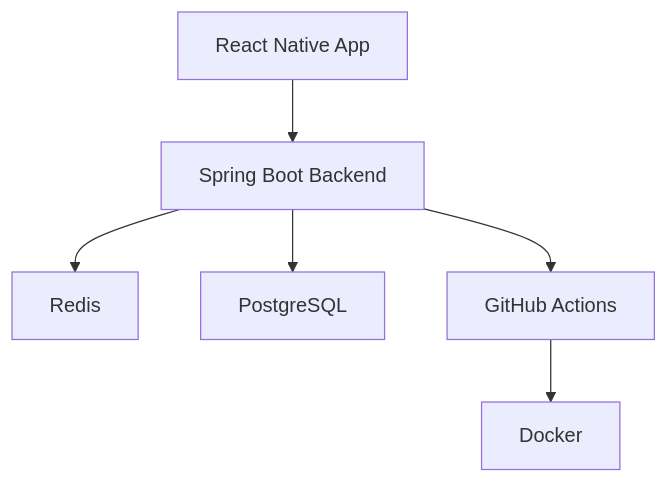
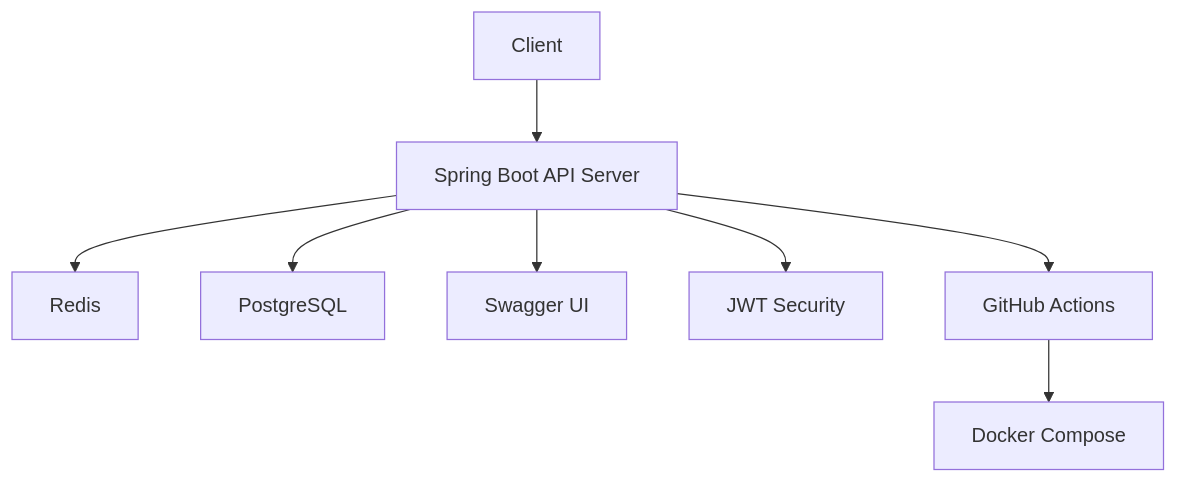
One commit to marinRim/FastTicket changed the second of 2 diagrams in README.md. Above: the diagram before and after it, drawn with Mermaid. The commit also changed other lines of this file, not shown here.

````diff
--- a/README.md
+++ b/README.md
@@ -101,8 +71,10 @@
 ```mermaid
 graph TD
-  RN[React Native App] --> SPRING[Spring Boot Backend]
-  SPRING --> REDIS[Redis]
-  SPRING --> DB[PostgreSQL]
-  SPRING --> GITHUB[GitHub Actions]
-  GITHUB --> DOCKER[Docker]
+  CLIENT[Client] --> API[Spring Boot API Server]
+  API --> REDIS[Redis]
+  API --> DB[PostgreSQL]
+  API --> SWAGGER[Swagger UI]
+  API --> AUTH[JWT Security]
+  API --> GITHUB[GitHub Actions]
+  GITHUB --> DOCKER[Docker Compose]
 ```
````
